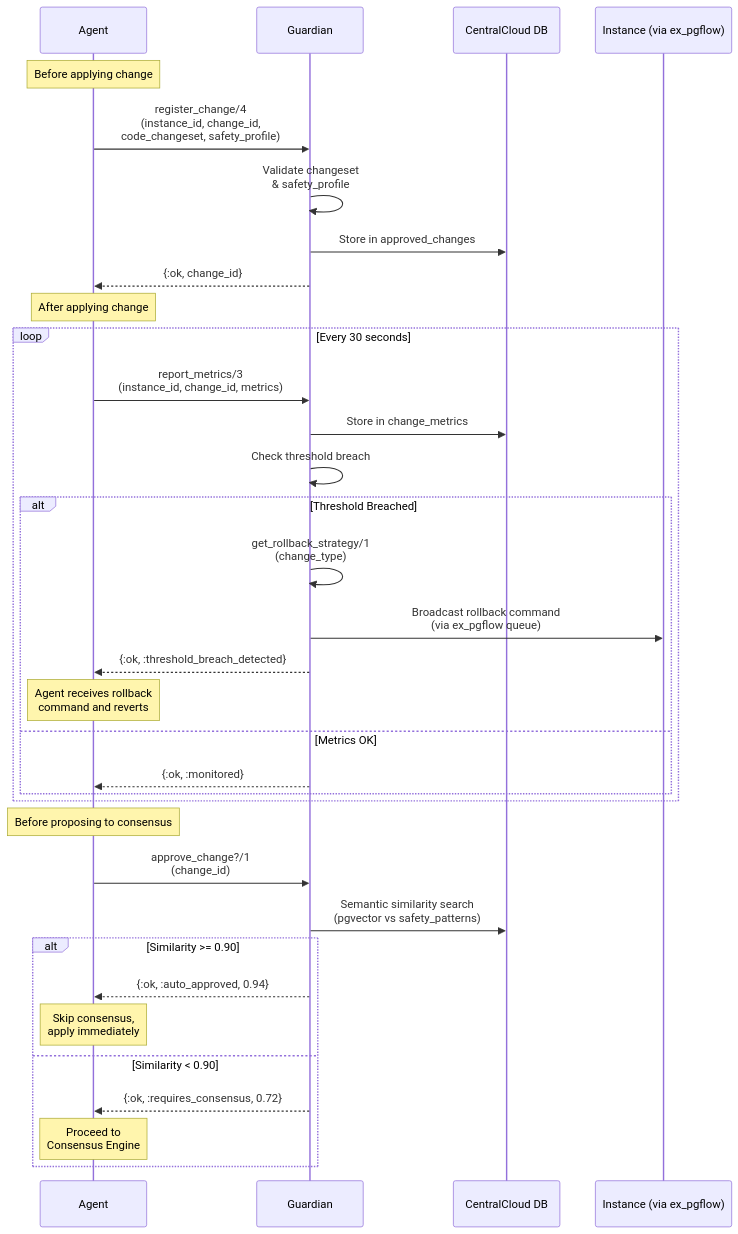
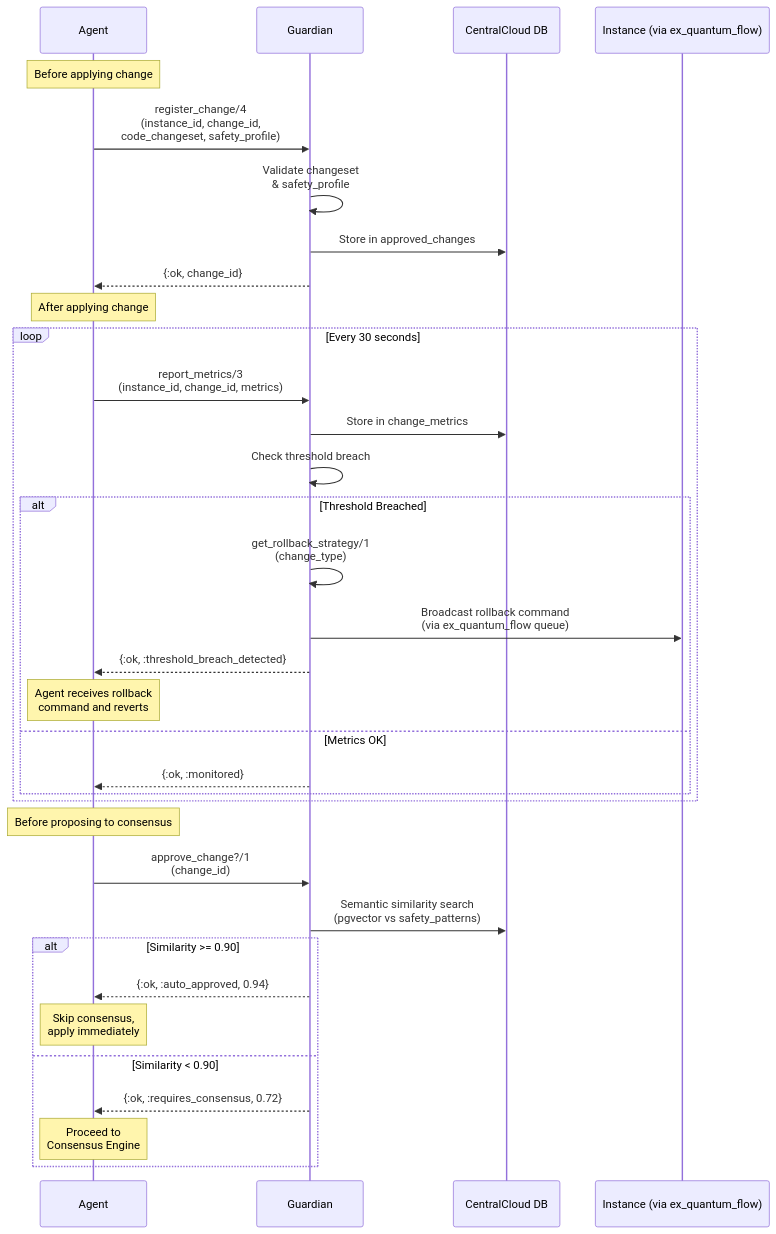
The third of 6 diagrams in CENTRAL_EVOLUTION_DECISION_TREE.md (mikkihugo/ex_llm), drawn with Mermaid before and after one commit. The commit also changed other lines of this file and 289 other files, not shown here.

First line of the commit message:
Rename ex_pgflow package to ex_quantum_flow

````diff
--- a/CENTRAL_EVOLUTION_DECISION_TREE.md
+++ b/CENTRAL_EVOLUTION_DECISION_TREE.md
@@ -101,45 +101,45 @@
 ```mermaid
 sequenceDiagram
     participant A as Agent
     participant G as Guardian
     participant DB as CentralCloud DB
-    participant I as Instance (via ex_pgflow)
+    participant I as Instance (via ex_quantum_flow)
 
     Note over A: Before applying change
 
     A->>G: register_change/4<br/>(instance_id, change_id,<br/>code_changeset, safety_profile)
 
     G->>G: Validate changeset<br/>& safety_profile
     G->>DB: Store in approved_changes
     G-->>A: {:ok, change_id}
 
     Note over A: After applying change
 
     loop Every 30 seconds
         A->>G: report_metrics/3<br/>(instance_id, change_id, metrics)
         G->>DB: Store in change_metrics
         G->>G: Check threshold breach
 
         alt Threshold Breached
             G->>G: get_rollback_strategy/1<br/>(change_type)
-            G->>I: Broadcast rollback command<br/>(via ex_pgflow queue)
+            G->>I: Broadcast rollback command<br/>(via ex_quantum_flow queue)
             G-->>A: {:ok, :threshold_breach_detected}
             Note over A: Agent receives rollback<br/>command and reverts
         else Metrics OK
             G-->>A: {:ok, :monitored}
         end
     end
 
     Note over A: Before proposing to consensus
 
     A->>G: approve_change?/1<br/>(change_id)
     G->>DB: Semantic similarity search<br/>(pgvector vs safety_patterns)
 
     alt Similarity >= 0.90
         G-->>A: {:ok, :auto_approved, 0.94}
         Note over A: Skip consensus,<br/>apply immediately
     else Similarity < 0.90
         G-->>A: {:ok, :requires_consensus, 0.72}
         Note over A: Proceed to<br/>Consensus Engine
     end
 ```
````
